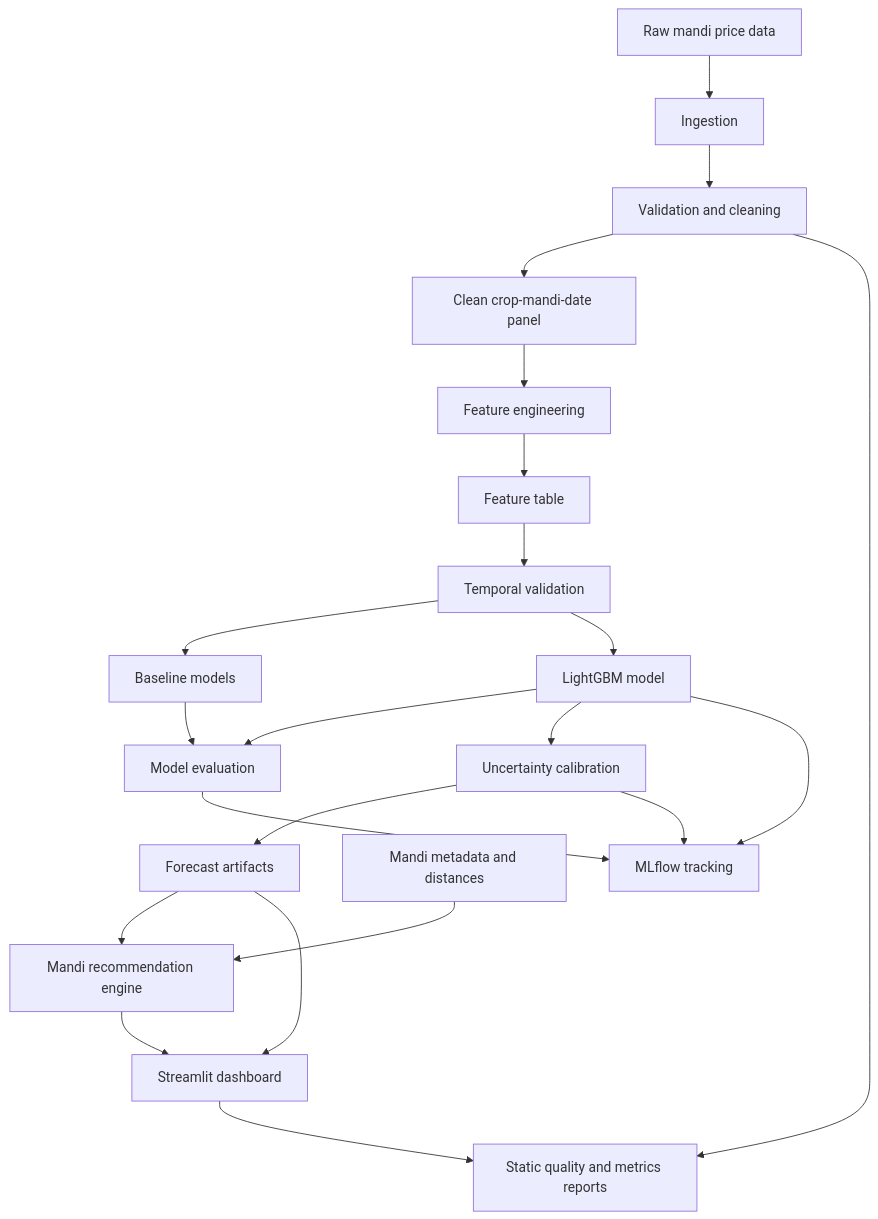
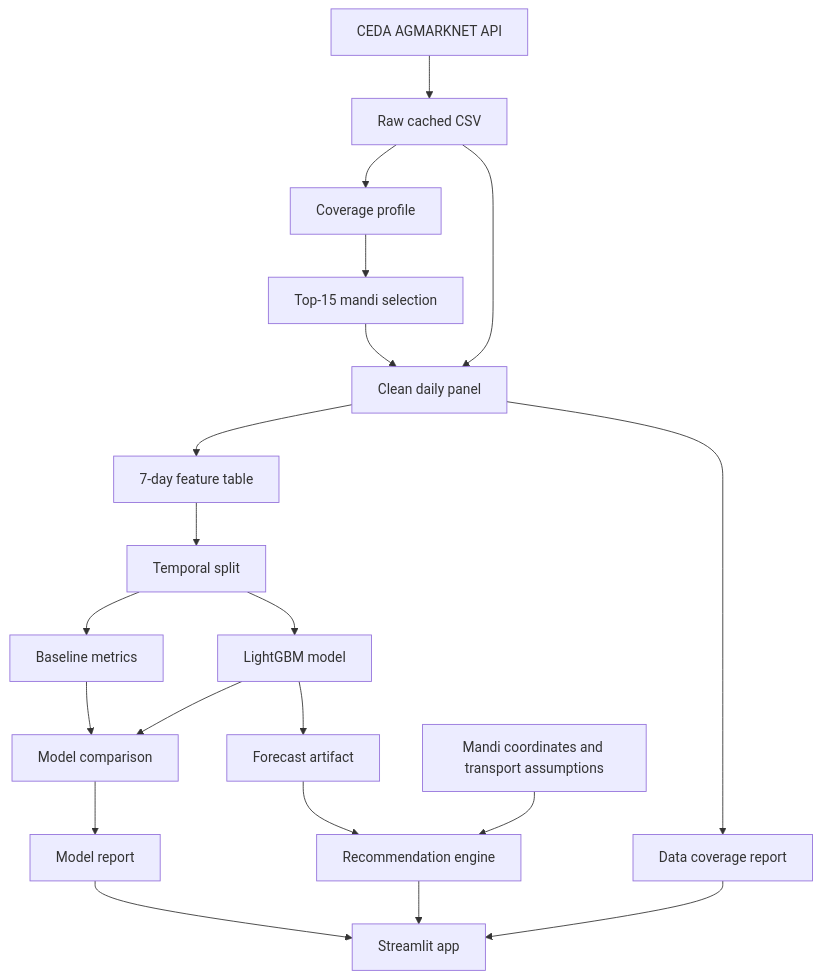
One commit to kaustubh-dot/MandiPulse changed the diagram in docs/ARCHITECTURE.md. Above: the diagram before and after it, drawn with Mermaid. The commit also changed other lines of this file and 13 other files, not shown here.

````diff
--- a/docs/ARCHITECTURE.md
+++ b/docs/ARCHITECTURE.md
@@ -11,24 +26,22 @@
 ```mermaid
 flowchart TD
-    A["Raw mandi price data"] --> B["Ingestion"]
-    B --> C["Validation and cleaning"]
-    C --> D["Clean crop-mandi-date panel"]
-    D --> E["Feature engineering"]
-    E --> F["Feature table"]
-    F --> G["Temporal validation"]
-    G --> H["Baseline models"]
+    A["CEDA AGMARKNET API"] --> B["Raw cached CSV"]
+    B --> C["Coverage profile"]
+    C --> D["Top-15 mandi selection"]
+    B --> E["Clean daily panel"]
+    D --> E
+    E --> F["7-day feature table"]
+    F --> G["Temporal split"]
+    G --> H["Baseline metrics"]
     G --> I["LightGBM model"]
-    H --> J["Model evaluation"]
+    H --> J["Model comparison"]
     I --> J
-    I --> K["Uncertainty calibration"]
-    K --> M["Forecast artifacts"]
-    M --> N["Mandi recommendation engine"]
-    O["Mandi metadata and distances"] --> N
-    N --> Q["Streamlit dashboard"]
-    M --> Q
-    J --> R["MLflow tracking"]
-    I --> R
-    K --> R
-    Q --> S["Static quality and metrics reports"]
-    C --> S
+    I --> K["Forecast artifact"]
+    K --> L["Recommendation engine"]
+    M["Mandi coordinates and transport assumptions"] --> L
+    E --> N["Data coverage report"]
+    J --> O["Model report"]
+    L --> P["Streamlit app"]
+    N --> P
+    O --> P
 ```
````
